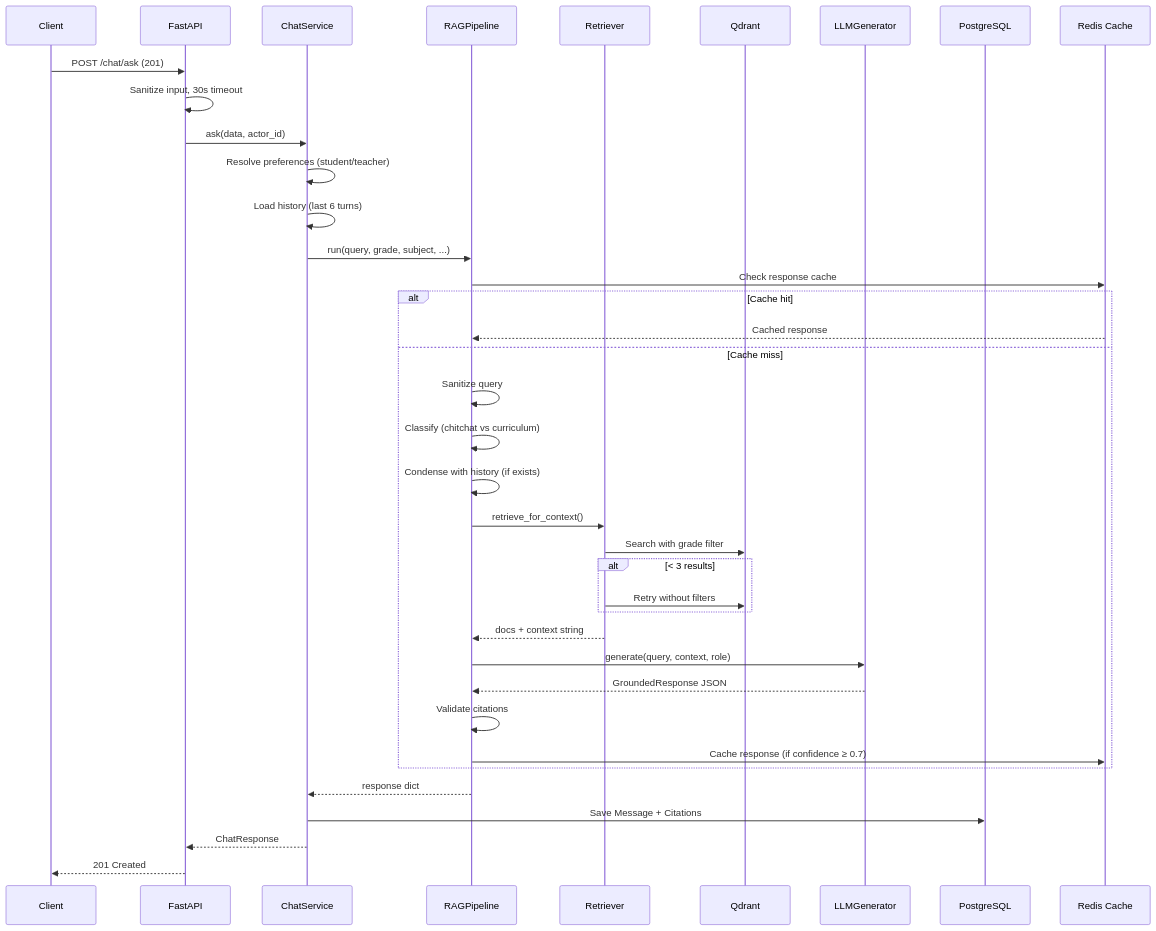
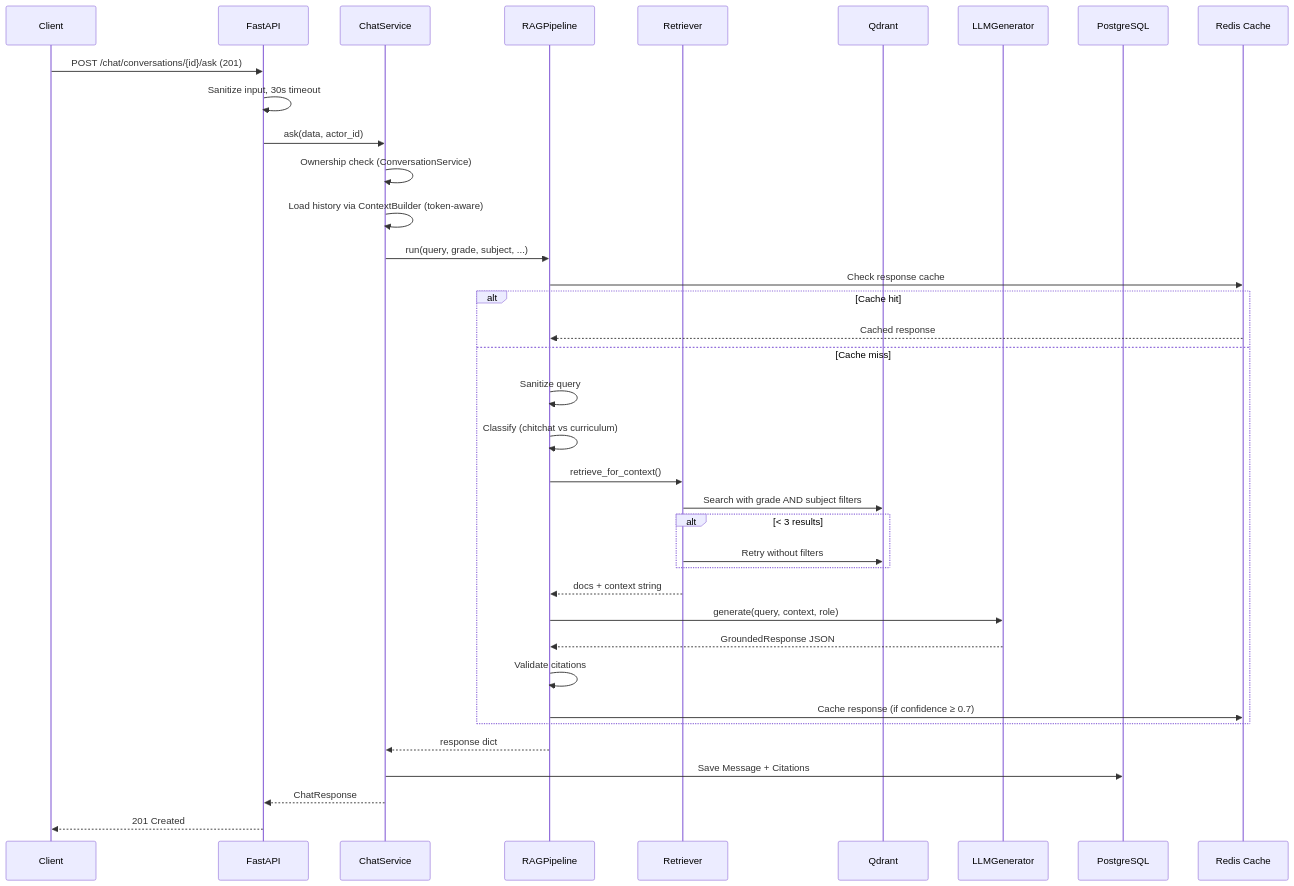
Before and after one commit to Rwanda-AI-Network/SomaAI: the fourth of 6 diagrams in docs/ARCHITECTURE.md, drawn with Mermaid. The commit also changed other lines of this file and 10 other files, not shown here.

````diff
--- a/docs/ARCHITECTURE.md
+++ b/docs/ARCHITECTURE.md
@@ -191,41 +192,40 @@
 ```mermaid
 sequenceDiagram
     participant C as Client
     participant F as FastAPI
     participant CS as ChatService
     participant P as RAGPipeline
     participant R as Retriever
     participant Q as Qdrant
     participant L as LLMGenerator
     participant DB as PostgreSQL
     participant RC as Redis Cache
 
-    C->>F: POST /chat/ask (201)
+    C->>F: POST /chat/conversations/{id}/ask (201)
     F->>F: Sanitize input, 30s timeout
     F->>CS: ask(data, actor_id)
-    CS->>CS: Resolve preferences (student/teacher)
-    CS->>CS: Load history (last 6 turns)
+    CS->>CS: Ownership check (ConversationService)
+    CS->>CS: Load history via ContextBuilder (token-aware)
     CS->>P: run(query, grade, subject, ...)
     P->>RC: Check response cache
     alt Cache hit
         RC-->>P: Cached response
     else Cache miss
         P->>P: Sanitize query
         P->>P: Classify (chitchat vs curriculum)
-        P->>P: Condense with history (if exists)
         P->>R: retrieve_for_context()
-        R->>Q: Search with grade filter
+        R->>Q: Search with grade AND subject filters
         alt < 3 results
             R->>Q: Retry without filters
         end
         R-->>P: docs + context string
         P->>L: generate(query, context, role)
         L-->>P: GroundedResponse JSON
         P->>P: Validate citations
         P->>RC: Cache response (if confidence ≥ 0.7)
     end
     P-->>CS: response dict
     CS->>DB: Save Message + Citations
     CS-->>F: ChatResponse
     F-->>C: 201 Created
 ```
````
